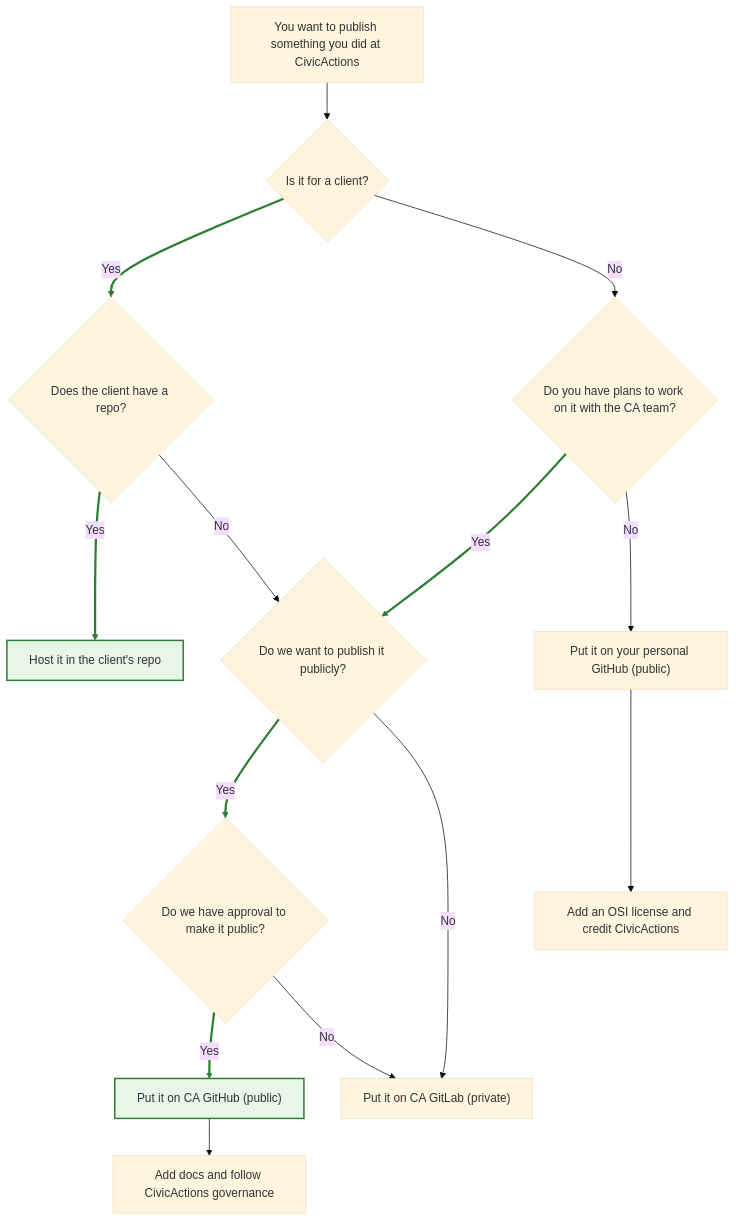
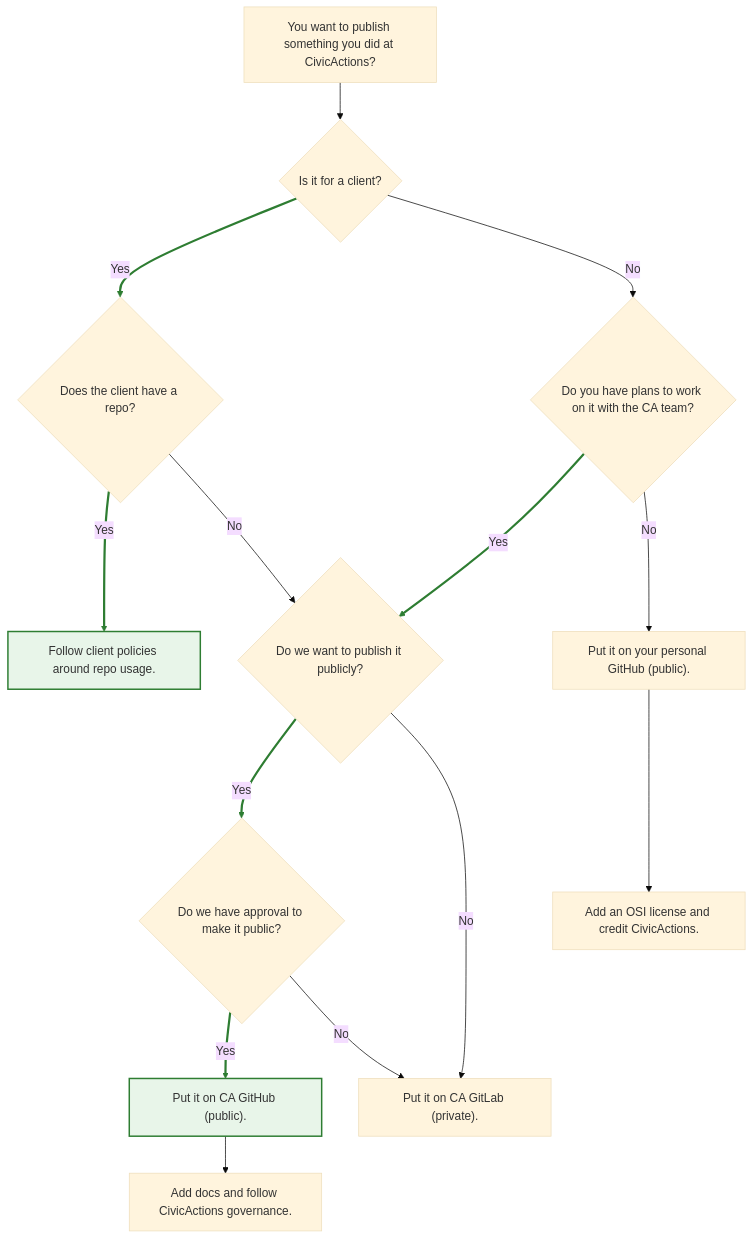
The diagram in draft/code-management-guidance.md (CivicActions/open-practice), drawn with Mermaid (base theme) before and after one commit.

Commit message:
Update code-management-guidance.md
adding formatting

````diff
--- a/draft/code-management-guidance.md
+++ b/draft/code-management-guidance.md
@@ -73,43 +73,43 @@
 ```mermaid
 flowchart TD
     %% Nodes
-    Project["You want to publish something you did at CivicActions"]
+    Project["You want to publish something you did at CivicActions?"]
     Client{"Is it for a client?"}
     ClientRepo{"Does the client have a repo?"}
     NeedCA{"Do you have plans to work on it with the CA team?"}
     WantPublic{"Do we want to publish it publicly?"}
     Approval{"Do we have approval to make it public?"}
-    UseClientRepo["Host it in the client's repo"]
-    UseCAGH["Put it on CA GitHub (public)"]
-    UseCAGL["Put it on CA GitLab (private)"]
-    UsePersonalGH["Put it on your personal GitHub (public)"]
-    Docs["Add docs and follow CivicActions governance"]
-    DocsPersonal["Add an OSI license and credit CivicActions"]
+    UseClientRepo["Follow client policies around repo usage."]
+    UseCAGH["Put it on CA GitHub (public)."]
+    UseCAGL["Put it on CA GitLab (private)."]
+    UsePersonalGH["Put it on your personal GitHub (public)."]
+    Docs["Add docs and follow CivicActions governance."]
+    DocsPersonal["Add an OSI license and credit CivicActions."]
 
     %% Flow
     Project --> Client
     Client -->|Yes| ClientRepo
     Client -->|No| NeedCA
     ClientRepo -->|Yes| UseClientRepo
     ClientRepo -->|No| WantPublic
     NeedCA -->|Yes| WantPublic
     NeedCA -->|No| UsePersonalGH
     WantPublic -->|Yes| Approval
     WantPublic -->|No| UseCAGL
     Approval -->|Yes| UseCAGH
     Approval -->|No| UseCAGL
     UseCAGH --> Docs
     UsePersonalGH --> DocsPersonal
 
     %% Preferred endpoints styling
     classDef prefNode fill:#e8f5e9,stroke:#2e7d32,stroke-width:2px;
     class UseClientRepo,UseCAGH prefNode;
 
     %% Preferred edges styling (thicker + green)
     linkStyle 1 stroke:#2e7d32,stroke-width:3px;
     linkStyle 3 stroke:#2e7d32,stroke-width:3px;
     linkStyle 5 stroke:#2e7d32,stroke-width:3px;
     linkStyle 7 stroke:#2e7d32,stroke-width:3px;
     linkStyle 9 stroke:#2e7d32,stroke-width:3px;
 
 ```
````
